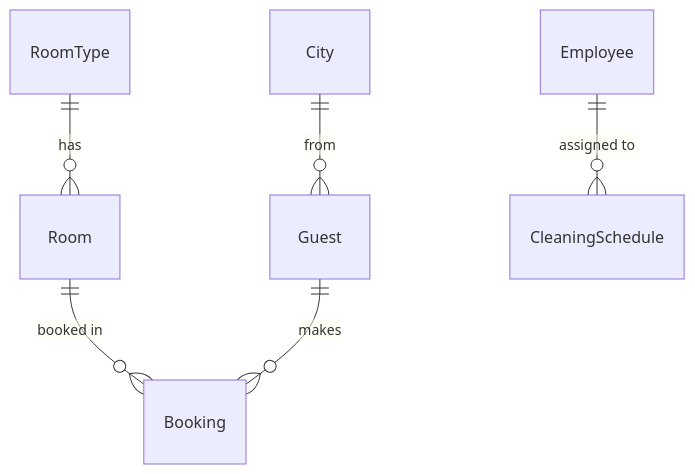
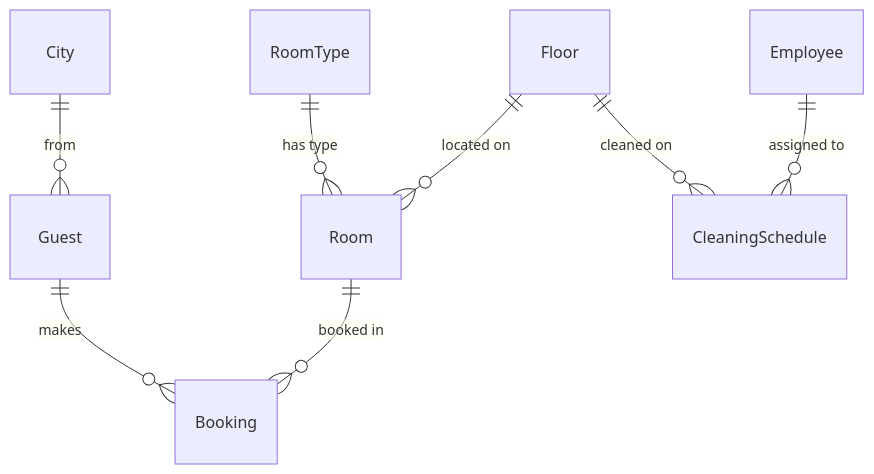
Before and after one commit to TonikX/TonikX-ITMO_ICT_WebDevelopment_2025-2026: the diagram in students/K3340/Khristoforov_Vladislav/reports/docs/lab-3/lab_3_report.md, drawn with Mermaid. The commit also changed other lines of this file and 20 other files, not shown here.

````diff
--- a/students/K3340/Khristoforov_Vladislav/reports/docs/lab-3/lab_3_report.md
+++ b/students/K3340/Khristoforov_Vladislav/reports/docs/lab-3/lab_3_report.md
@@ -63,9 +66,15 @@
 ```mermaid
 erDiagram
-    RoomType ||--o{ Room : "has"
     City ||--o{ Guest : "from"
+    Guest ||--o{ Booking : "makes"
     Room ||--o{ Booking : "booked in"
-    Guest ||--o{ Booking : "makes"
+
+
+    RoomType ||--o{ Room : "has type"
+    Floor ||--o{ Room : "located on"
+    Floor ||--o{ CleaningSchedule : "cleaned on"
     Employee ||--o{ CleaningSchedule : "assigned to"
 
+
+
 ```
````
